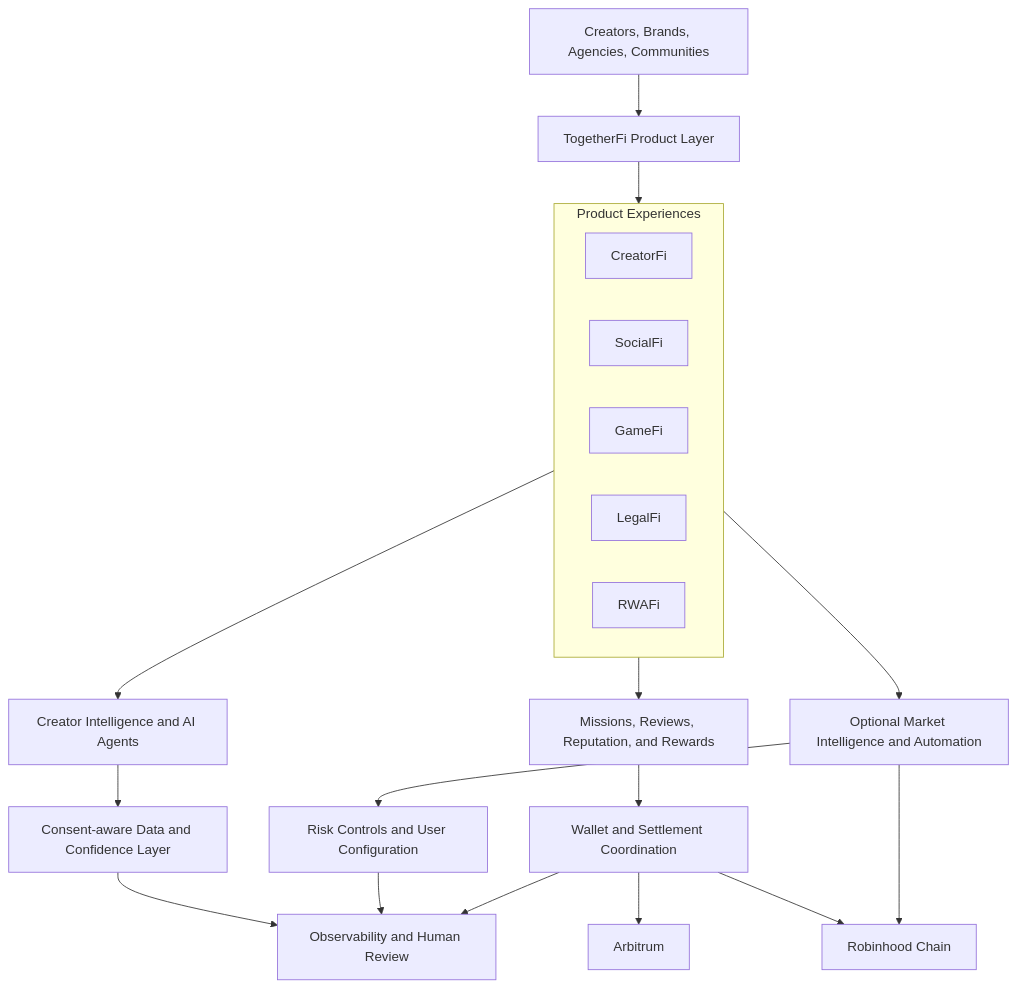
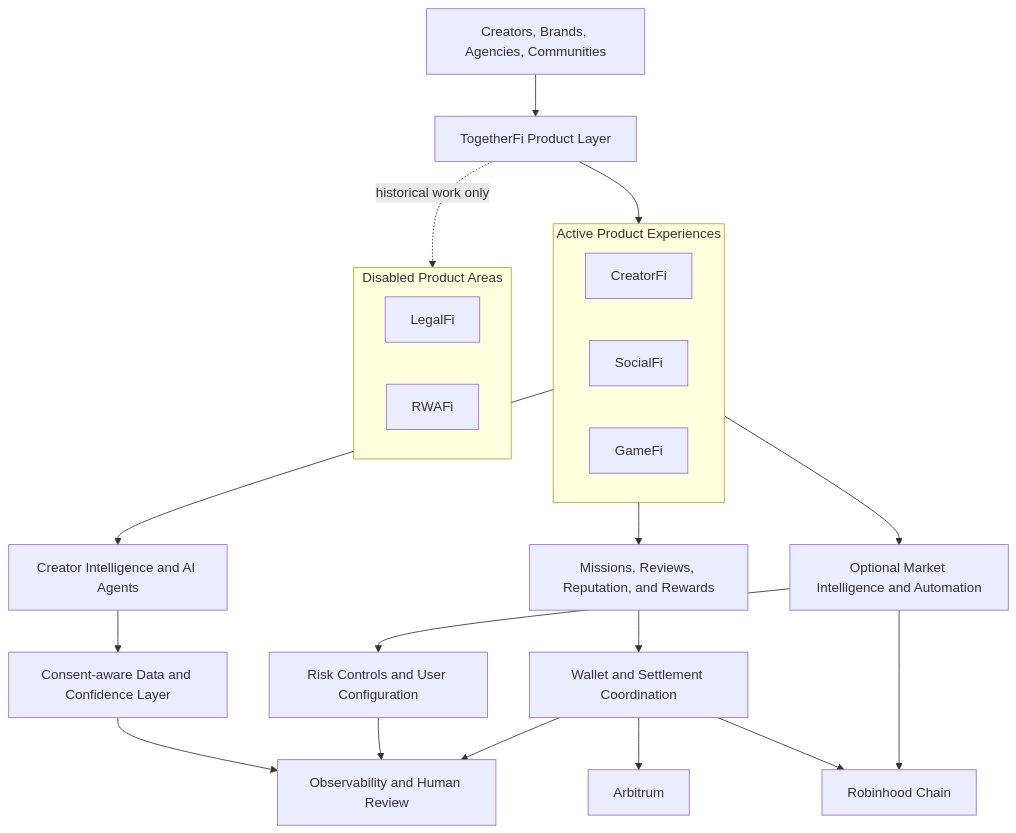
Before and after one commit to AGDAO/togetherfi-engineering-showcase: the diagram in ARCHITECTURE.md, drawn with Mermaid. The commit also changed other lines of this file and 3 other files, not shown here.

Commit message:
Correct disabled product status and wording

````diff
--- a/ARCHITECTURE.md
+++ b/ARCHITECTURE.md
@@ -5,29 +5,33 @@
 ```mermaid
 flowchart TB
     U[Creators, Brands, Agencies, Communities] --> P[TogetherFi Product Layer]
 
-    subgraph Products[Product Experiences]
+    subgraph Products[Active Product Experiences]
       C[CreatorFi]
       S[SocialFi]
       G[GameFi]
+    end
+
+    subgraph Disabled[Disabled Product Areas]
       L[LegalFi]
       R[RWAFi]
     end
 
     P --> Products
+    P -. historical work only .-> Disabled
     Products --> I[Creator Intelligence and AI Agents]
     Products --> M[Missions, Reviews, Reputation, and Rewards]
     Products --> T[Optional Market Intelligence and Automation]
 
     I --> D[Consent-aware Data and Confidence Layer]
     M --> W[Wallet and Settlement Coordination]
     T --> X[Risk Controls and User Configuration]
 
     W --> A[Arbitrum]
     W --> H[Robinhood Chain]
     T --> H
 
     D --> O[Observability and Human Review]
     X --> O
     W --> O
 ```
````
